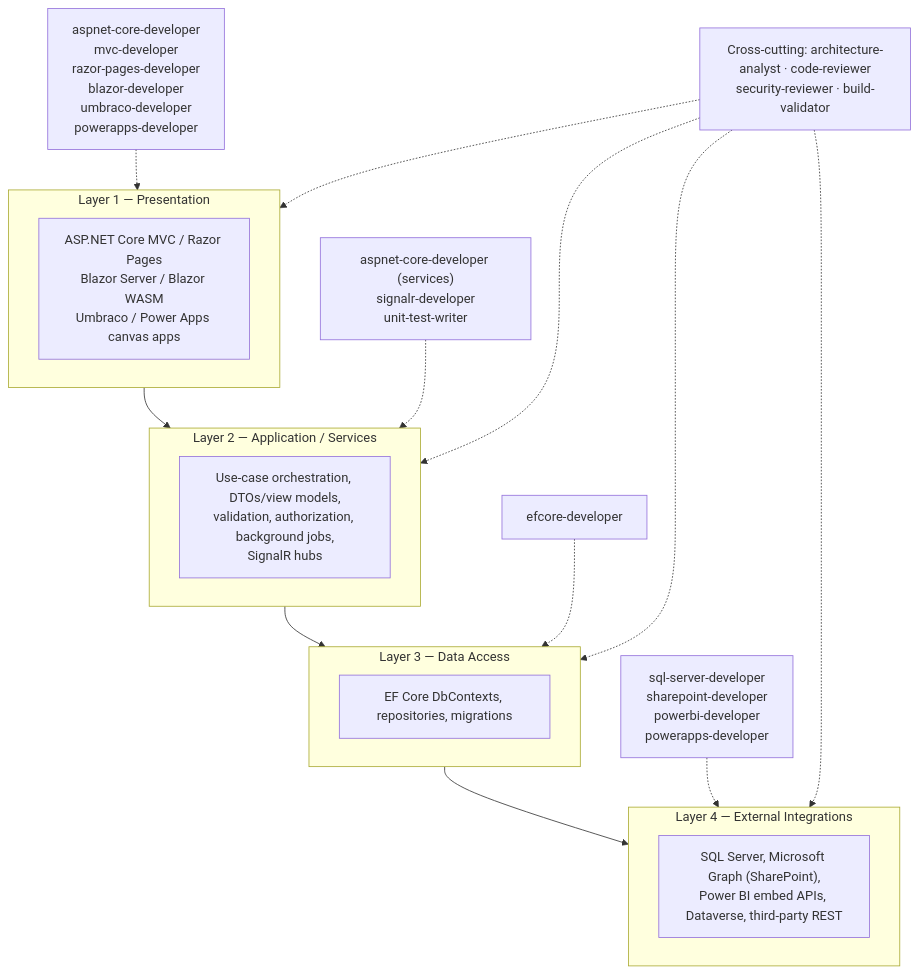
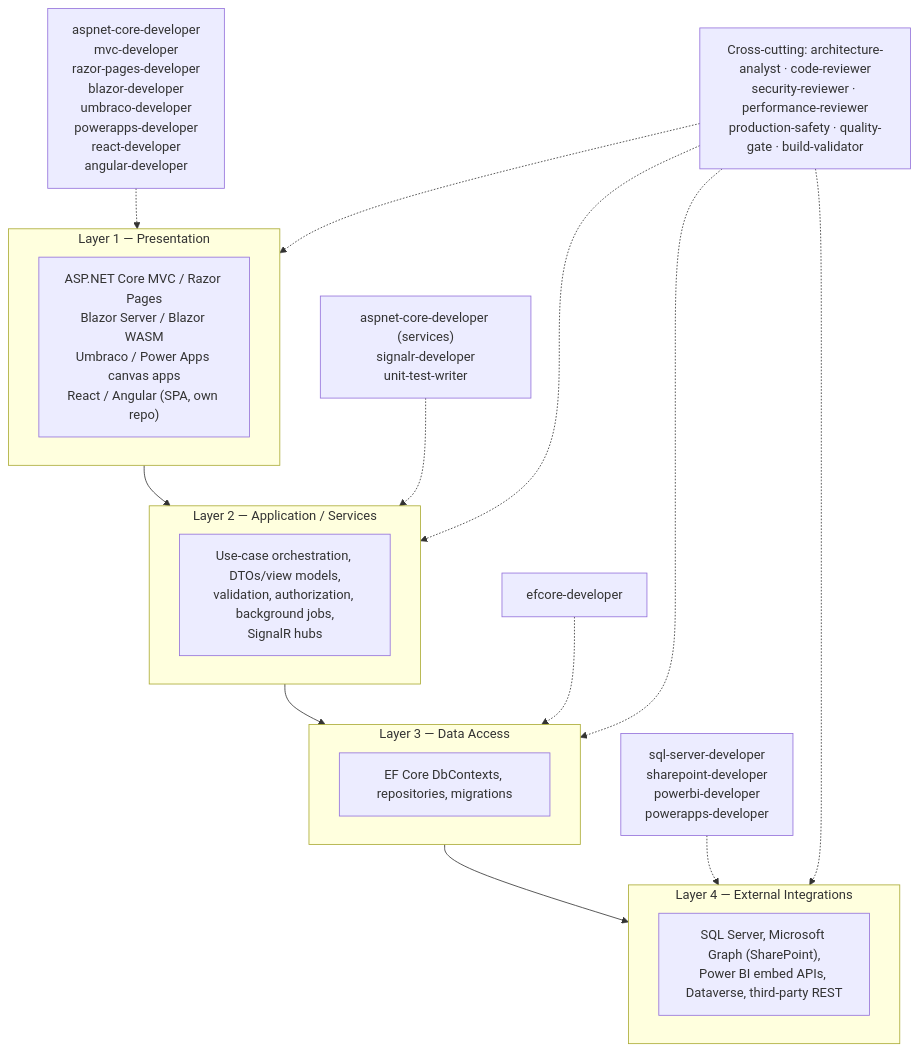
One commit to arvindbhai3388/Dotsquares-AI-Engineering-Platform changed the first of 2 diagrams in README.md. Above: the diagram before and after it, drawn with Mermaid. The commit also changed other lines of this file and 49 other files, not shown here.

First line of the commit message:
Add React and Angular support (first frontend/JavaScript stacks)

````diff
--- a/README.md
+++ b/README.md
@@ -27,23 +27,23 @@
 ```mermaid
 graph TD
     subgraph L1["Layer 1 — Presentation"]
-        P1["ASP.NET Core MVC / Razor Pages<br/>Blazor Server / Blazor WASM<br/>Umbraco / Power Apps canvas apps"]
+        P1["ASP.NET Core MVC / Razor Pages<br/>Blazor Server / Blazor WASM<br/>Umbraco / Power Apps canvas apps<br/>React / Angular (SPA, own repo)"]
     end
     subgraph L2["Layer 2 — Application / Services"]
         P2["Use-case orchestration, DTOs/view models,<br/>validation, authorization, background jobs,<br/>SignalR hubs"]
     end
     subgraph L3["Layer 3 — Data Access"]
         P3["EF Core DbContexts, repositories, migrations"]
     end
     subgraph L4["Layer 4 — External Integrations"]
         P4["SQL Server, Microsoft Graph (SharePoint),<br/>Power BI embed APIs, Dataverse, third-party REST"]
     end
 
     L1 --> L2 --> L3 --> L4
 
-    A1["aspnet-core-developer<br/>mvc-developer<br/>razor-pages-developer<br/>blazor-developer<br/>umbraco-developer<br/>powerapps-developer"] -.-> L1
+    A1["aspnet-core-developer<br/>mvc-developer<br/>razor-pages-developer<br/>blazor-developer<br/>umbraco-developer<br/>powerapps-developer<br/>react-developer<br/>angular-developer"] -.-> L1
     A2["aspnet-core-developer (services)<br/>signalr-developer<br/>unit-test-writer"] -.-> L2
     A3["efcore-developer"] -.-> L3
     A4["sql-server-developer<br/>sharepoint-developer<br/>powerbi-developer<br/>powerapps-developer"] -.-> L4
-    A5["Cross-cutting: architecture-analyst · code-reviewer<br/>security-reviewer · build-validator"] -.-> L1 & L2 & L3 & L4
+    A5["Cross-cutting: architecture-analyst · code-reviewer<br/>security-reviewer · performance-reviewer<br/>production-safety · quality-gate · build-validator"] -.-> L1 & L2 & L3 & L4
 ```
````
